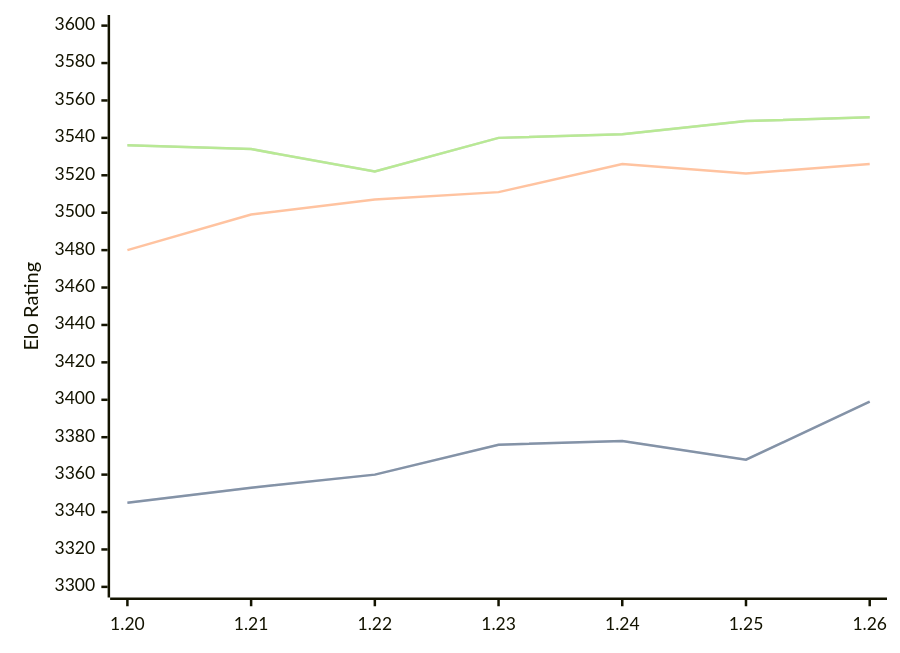
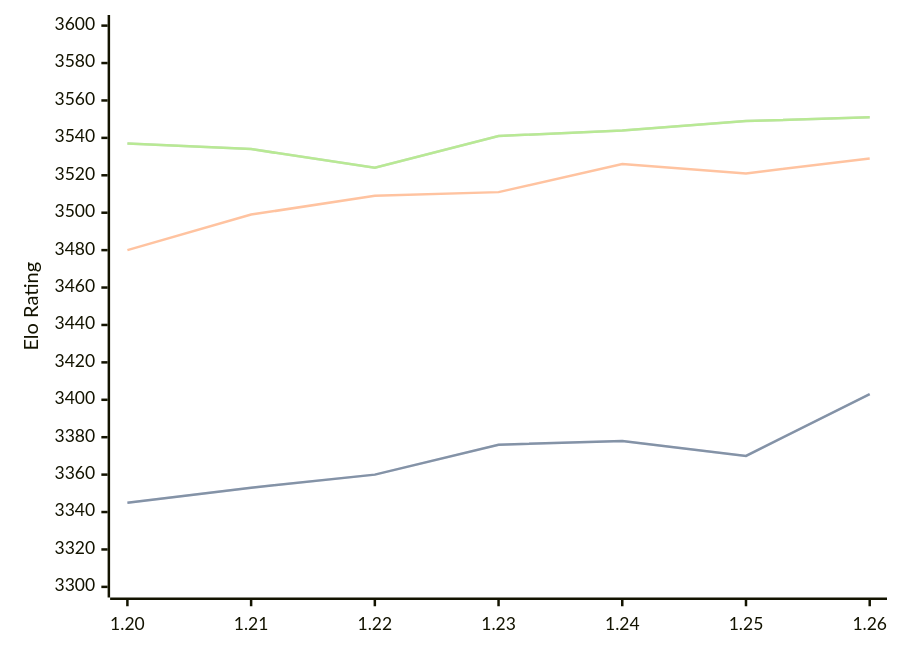
One commit to computer-chess-index/cci changed the diagram in engines/Caissa.md. Above: the diagram before and after it, drawn with Mermaid. The commit also changed other lines of this file, not shown here.

Commit message:
Update CCI Ratings (ELO VLTC) - 2026-08-17

````diff
--- a/engines/Caissa.md
+++ b/engines/Caissa.md
@@ -37,11 +37,11 @@
 ```mermaid
 %%{init: {"theme":"base","themeVariables":{"seriesColors:['#a3a3a3','#222221','#faa371']}}}%%
 xychart-beta
   x-axis ["1.20", "1.21", "1.22", "1.23", "1.24", "1.25", "1.26"]
   y-axis "Elo Rating" 3300 --> 3600
-  line "STC (8.0+0.08s)" [3345, 3353, 3360, 3376, 3378, 3368, 3399]
-  line "STC (8.0+0.08s)" [3345, 3353, 3360, 3376, 3378, 3368, 3399]
-  line "LTC (60.0+0.60s)" [3480, 3499, 3507, 3511, 3526, 3521, 3526]
-  line "VLTC (2m24s+1.12s)" [3536, 3534, 3522, 3540, 3542, 3549, 3551]
-  line "VLTC (2m24s+1.12s)" [3536, 3534, 3522, 3540, 3542, 3549, 3551]
+  line "STC (8.0+0.08s)" [3345, 3353, 3360, 3376, 3378, 3370, 3403]
+  line "STC (8.0+0.08s)" [3345, 3353, 3360, 3376, 3378, 3370, 3403]
+  line "LTC (60.0+0.60s)" [3480, 3499, 3509, 3511, 3526, 3521, 3529]
+  line "VLTC (2m24s+1.12s)" [3537, 3534, 3524, 3541, 3544, 3549, 3551]
+  line "VLTC (2m24s+1.12s)" [3537, 3534, 3524, 3541, 3544, 3549, 3551]
 ```
````
